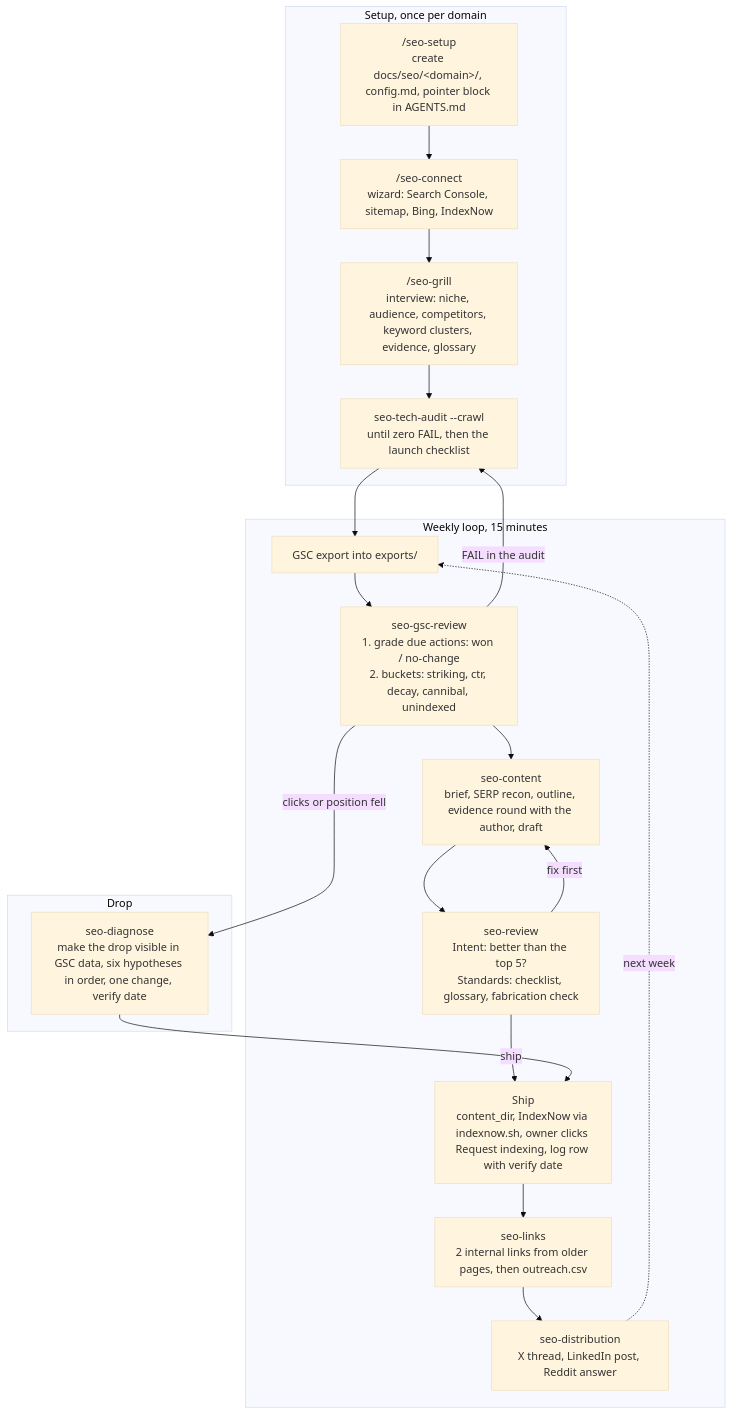
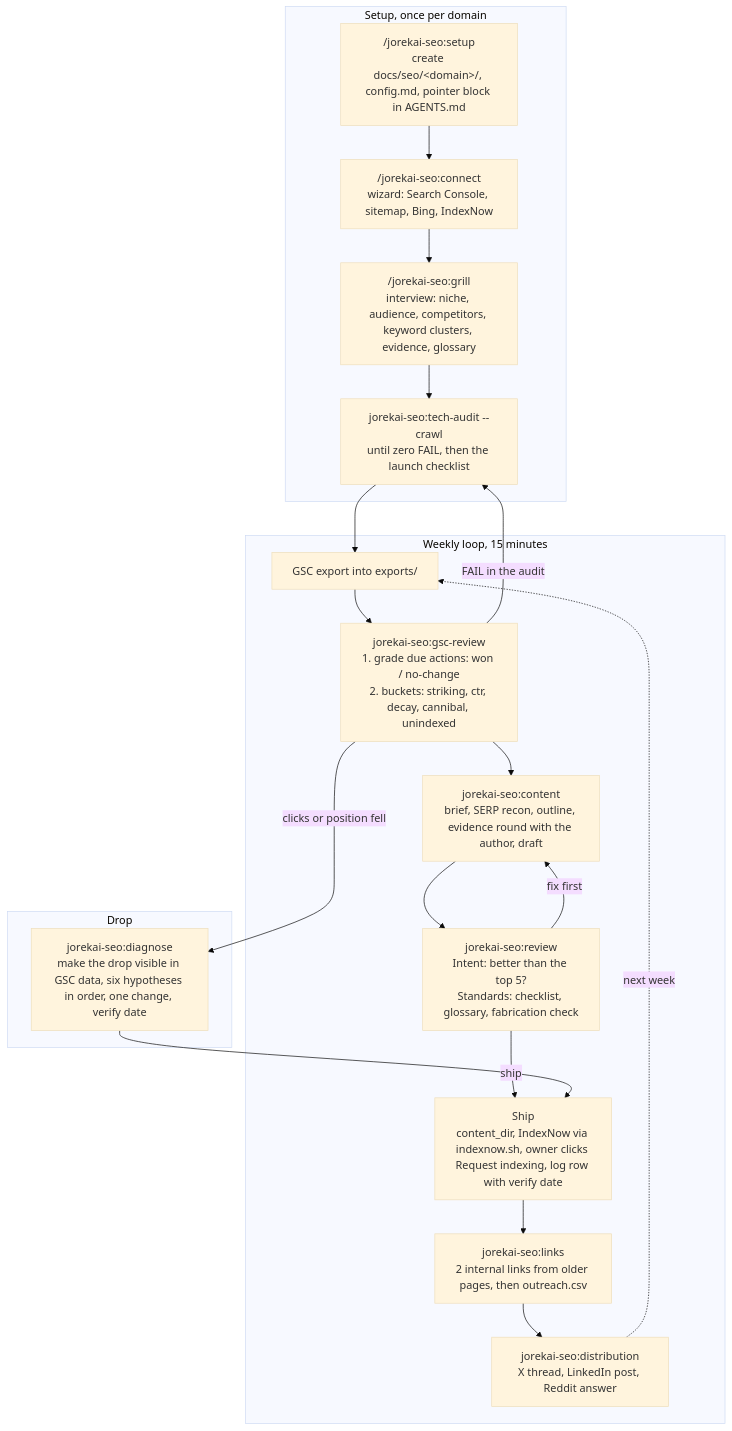
The diagram in README.md (jorekai/jorekai-skills), drawn with Mermaid (base theme) before and after one commit. The commit also changed other lines of this file and 89 other files, not shown here.

First line of the commit message:
feat: plugin jorekai-seo, skills renamed to /jorekai-seo:<name>

````diff
--- a/README.md
+++ b/README.md
@@ -16,33 +16,33 @@
 ```mermaid
 flowchart TD
     subgraph E["Setup, once per domain"]
-        S1["/seo-setup<br/>create docs/seo/&lt;domain&gt;/, config.md, pointer block in AGENTS.md"]
-        S2["/seo-connect<br/>wizard: Search Console, sitemap, Bing, IndexNow"]
-        S3["/seo-grill<br/>interview: niche, audience, competitors, keyword clusters, evidence, glossary"]
-        S4["seo-tech-audit --crawl<br/>until zero FAIL, then the launch checklist"]
+        S1["/jorekai-seo:setup<br/>create docs/seo/&lt;domain&gt;/, config.md, pointer block in AGENTS.md"]
+        S2["/jorekai-seo:connect<br/>wizard: Search Console, sitemap, Bing, IndexNow"]
+        S3["/jorekai-seo:grill<br/>interview: niche, audience, competitors, keyword clusters, evidence, glossary"]
+        S4["jorekai-seo:tech-audit --crawl<br/>until zero FAIL, then the launch checklist"]
         S1 --> S2 --> S3 --> S4
     end
 
     subgraph W["Weekly loop, 15 minutes"]
         W0["GSC export into exports/"]
-        W1["seo-gsc-review<br/>1. grade due actions: won / no-change<br/>2. buckets: striking, ctr, decay, cannibal, unindexed"]
-        W2["seo-content<br/>brief, SERP recon, outline, evidence round with the author, draft"]
-        W3["seo-review<br/>Intent: better than the top 5?<br/>Standards: checklist, glossary, fabrication check"]
+        W1["jorekai-seo:gsc-review<br/>1. grade due actions: won / no-change<br/>2. buckets: striking, ctr, decay, cannibal, unindexed"]
+        W2["jorekai-seo:content<br/>brief, SERP recon, outline, evidence round with the author, draft"]
+        W3["jorekai-seo:review<br/>Intent: better than the top 5?<br/>Standards: checklist, glossary, fabrication check"]
         W4["Ship<br/>content_dir, IndexNow via indexnow.sh, owner clicks Request indexing, log row with verify date"]
-        W5["seo-links<br/>2 internal links from older pages, then outreach.csv"]
-        W6["seo-distribution<br/>X thread, LinkedIn post, Reddit answer"]
+        W5["jorekai-seo:links<br/>2 internal links from older pages, then outreach.csv"]
+        W6["jorekai-seo:distribution<br/>X thread, LinkedIn post, Reddit answer"]
         W0 --> W1 --> W2 --> W3
         W3 -- "fix first" --> W2
         W3 -- "ship" --> W4 --> W5 --> W6
         W6 -. "next week" .-> W0
     end
 
     subgraph D["Drop"]
-        D1["seo-diagnose<br/>make the drop visible in GSC data, six hypotheses in order, one change, verify date"]
+        D1["jorekai-seo:diagnose<br/>make the drop visible in GSC data, six hypotheses in order, one change, verify date"]
     end
 
     S4 --> W0
     W1 -- "clicks or position fell" --> D1
     D1 --> W4
     W1 -- "FAIL in the audit" --> S4
 ```
````
